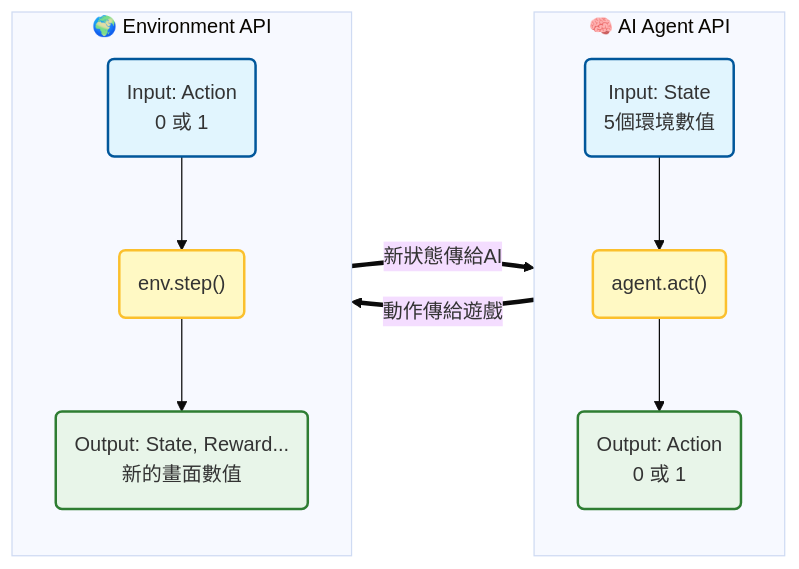
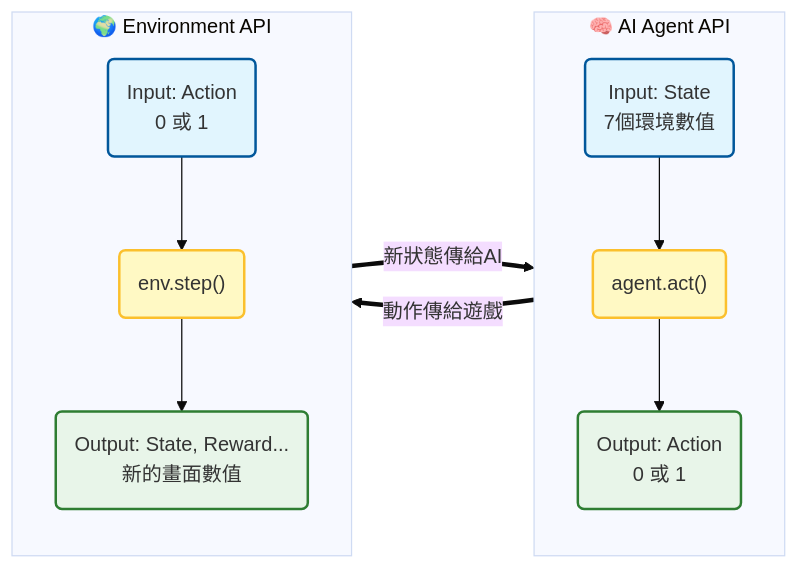
Before and after one commit to SmailDot/train_game: the third of 3 diagrams in README.md, drawn with Mermaid (base theme).

````diff
--- a/README.md
+++ b/README.md
@@ -209,38 +209,38 @@
 ```mermaid
 graph LR
     %% === Agent 的視角 ===
     subgraph Agent_Block ["🧠 AI Agent API"]
         direction TB
-        A_In("Input: State<br>5個環境數值")
+        A_In("Input: State<br>7個環境數值")
         A_Proc("agent.act()")
         A_Out("Output: Action<br>0 或 1")
         
         A_In --> A_Proc --> A_Out
     end
 
     %% === 連接線 ===
     A_Out == "動作傳給遊戲" ==> E_In
 
     %% === Environment 的視角 ===
     subgraph Env_Block ["🌍 Environment API"]
         direction TB
         E_In("Input: Action<br>0 或 1")
         E_Proc("env.step()")
         E_Out("Output: State, Reward...<br>新的畫面數值")
 
         E_In --> E_Proc --> E_Out
     end
 
     %% === 回圈 ===
     E_Out == "新狀態傳給AI" ==> A_In
 
     %% === 樣式定義 (移到最後面最安全) ===
     classDef inputCls fill:#e1f5fe,stroke:#01579b,stroke-width:2px;
     classDef processCls fill:#fff9c4,stroke:#fbc02d,stroke-width:2px;
     classDef outputCls fill:#e8f5e9,stroke:#2e7d32,stroke-width:2px;
 
     %% === 套用樣式 ===
     class A_In,E_In inputCls;
     class A_Proc,E_Proc processCls;
     class A_Out,E_Out outputCls;
 ```
````
